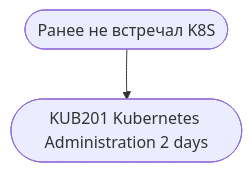
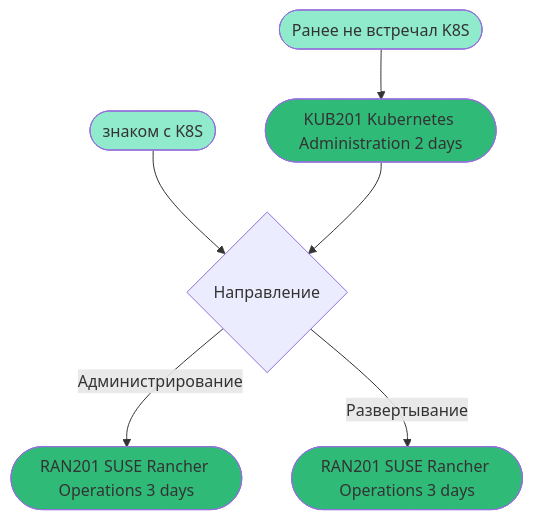
One commit to dff1980/documentation changed the diagram in Rancher-cource.md. Above: the diagram before and after it, drawn with Mermaid.

````diff
--- a/Rancher-cource.md
+++ b/Rancher-cource.md
@@ -1,4 +1,14 @@
 ```mermaid
-flowchart TD
-id0([Ранее не встречал K8S]) --> id1([KUB201 Kubernetes Administration 2 days])
+flowchart TB
+style id10 fill:#90EBCD
+style id11 fill:#90EBCD
+style id1 fill:#30BA78
+style id2 fill:#30BA78
+style id3 fill:#30BA78
+
+  id10([Ранее не встречал K8S]) --> id1([KUB201 Kubernetes Administration 2 days])
+  id11([знаком с K8S]) --> id20{Направление}
+  id1 --> id20
+  id20 --> |Администрирование| id2([RAN201 SUSE Rancher Operations 3 days])
+  id20 --> |Развертывание| id3([RAN201 SUSE Rancher Operations 3 days])
 ```
````
